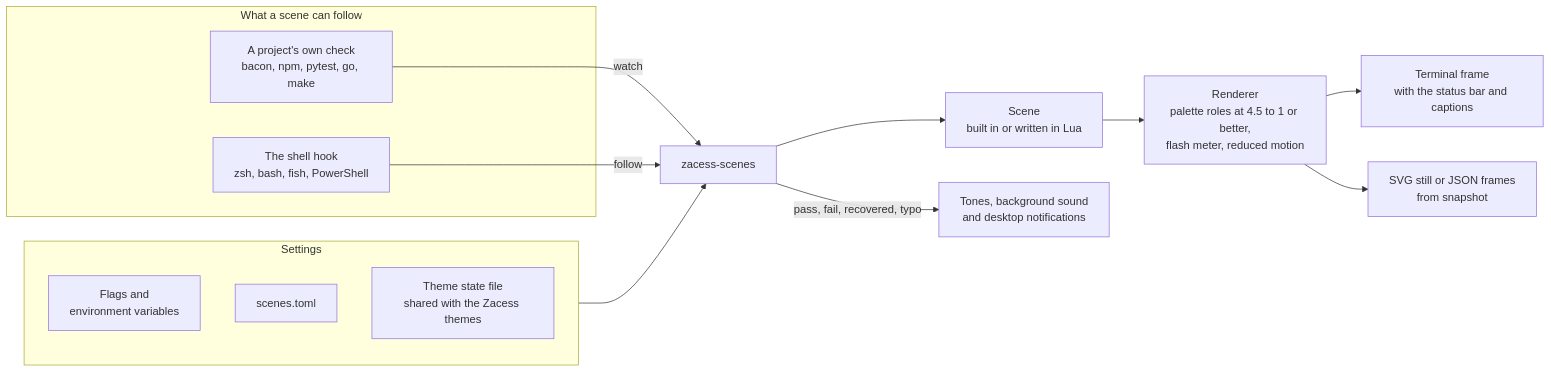
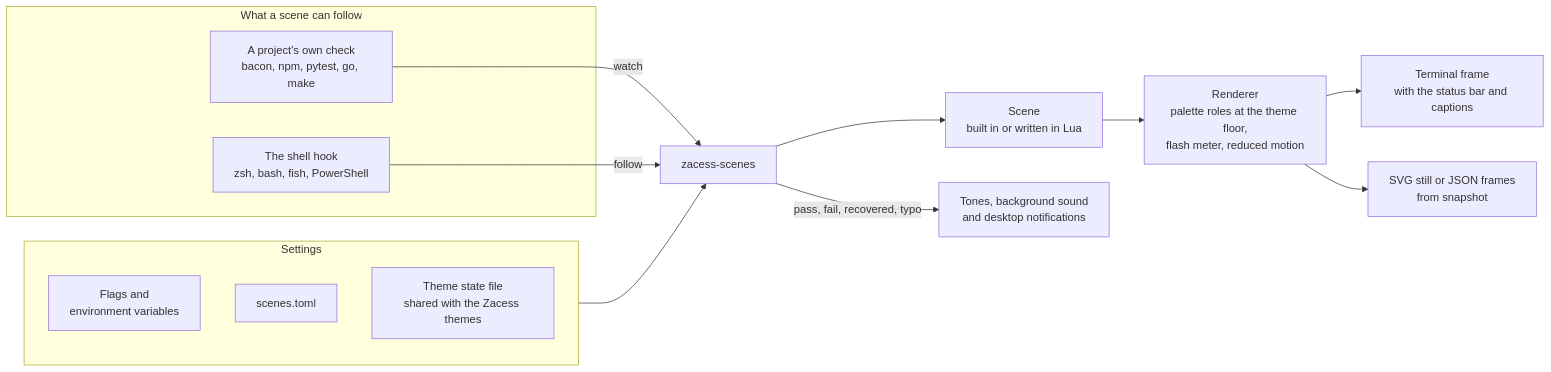
One commit to zacesshq/scenes changed the diagram in README.md. Above: the diagram before and after it, drawn with Mermaid. The commit also changed other lines of this file and 182 other files, not shown here.

````diff
--- a/README.md
+++ b/README.md
@@ -44,20 +47,20 @@
 ```mermaid
 flowchart LR
     subgraph SETTINGS["Settings"]
         FLAGS["Flags and<br/>environment variables"]
         CONFIG["scenes.toml"]
         THEME["Theme state file<br/>shared with the Zacess themes"]
     end
     subgraph FOLLOWED["What a scene can follow"]
         BUILD["A project's own check<br/>bacon, npm, pytest, go, make"]
         SHELL["The shell hook<br/>zsh, bash, fish, PowerShell"]
     end
     SETTINGS --> APP["zacess-scenes"]
     BUILD -- "watch" --> APP
     SHELL -- "follow" --> APP
     APP --> SCENE["Scene<br/>built in or written in Lua"]
-    SCENE --> RENDER["Renderer<br/>palette roles at 4.5 to 1 or better,<br/>flash meter, reduced motion"]
+    SCENE --> RENDER["Renderer<br/>palette roles at the theme floor,<br/>flash meter, reduced motion"]
     RENDER --> TERM["Terminal frame<br/>with the status bar and captions"]
     RENDER --> SVG["SVG still or JSON frames<br/>from snapshot"]
     APP -- "pass, fail, recovered, typo" --> SOUND["Tones, background sound<br/>and desktop notifications"]
 ```
````
